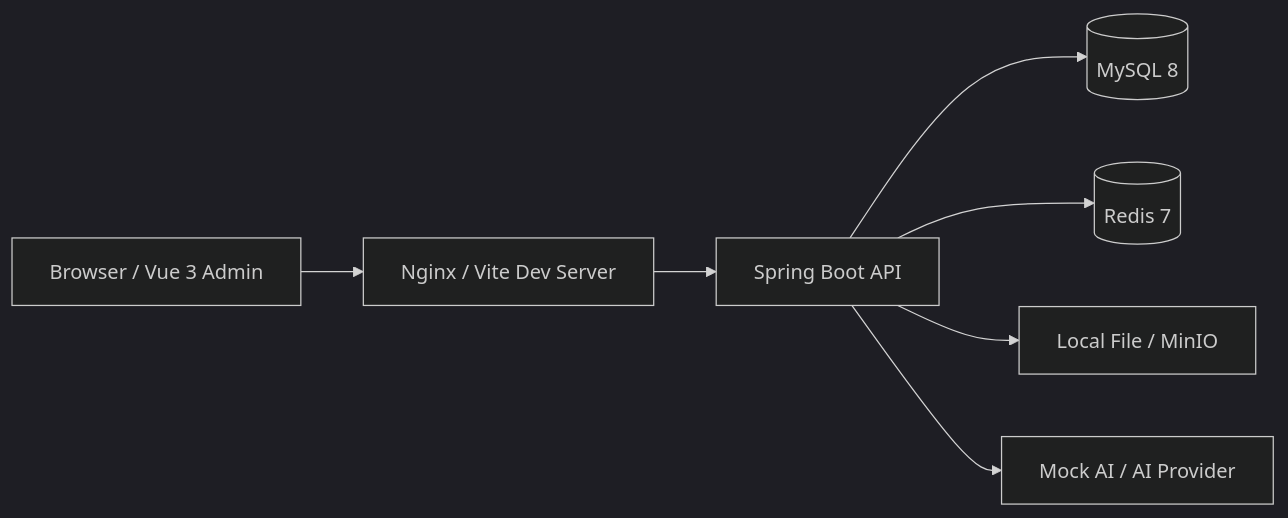
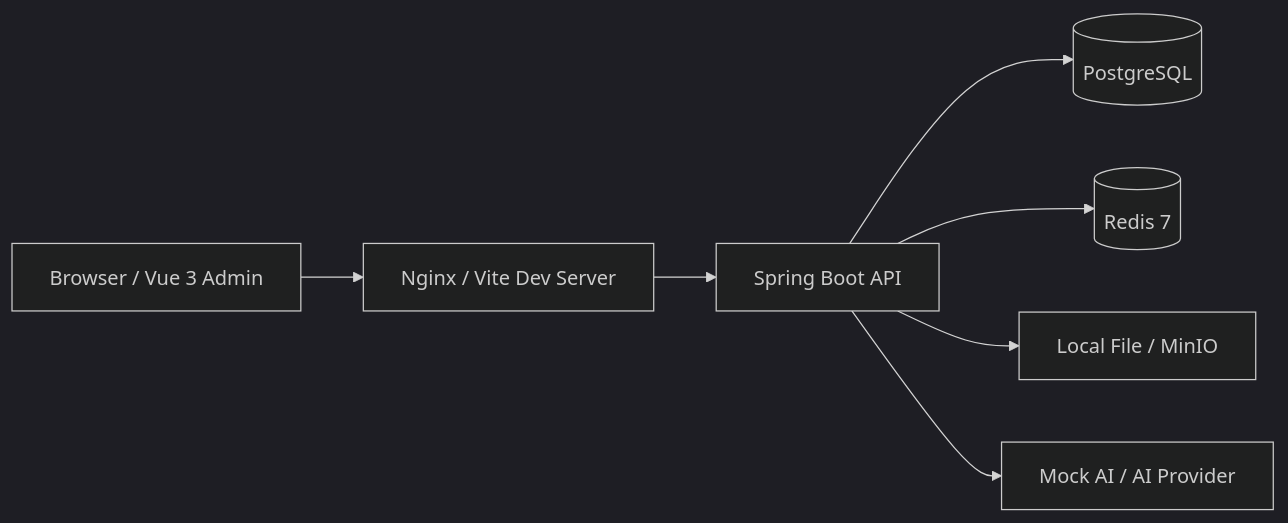
One commit to BQHM/TruckFarm changed the first of 3 diagrams in docs/architecture.md. Above: the diagram before and after it, drawn with Mermaid (dark theme). The commit also changed other lines of this file and 7 other files, not shown here.

````diff
--- a/docs/architecture.md
+++ b/docs/architecture.md
@@ -21,9 +21,9 @@
 ```mermaid
 flowchart LR
   Browser["Browser / Vue 3 Admin"] --> Nginx["Nginx / Vite Dev Server"]
   Nginx --> API["Spring Boot API"]
-  API --> MySQL[("MySQL 8")]
+  API --> PostgreSQL[("PostgreSQL")]
   API --> Redis[("Redis 7")]
   API --> FileStorage["Local File / MinIO"]
   API --> AI["Mock AI / AI Provider"]
 ```
````
